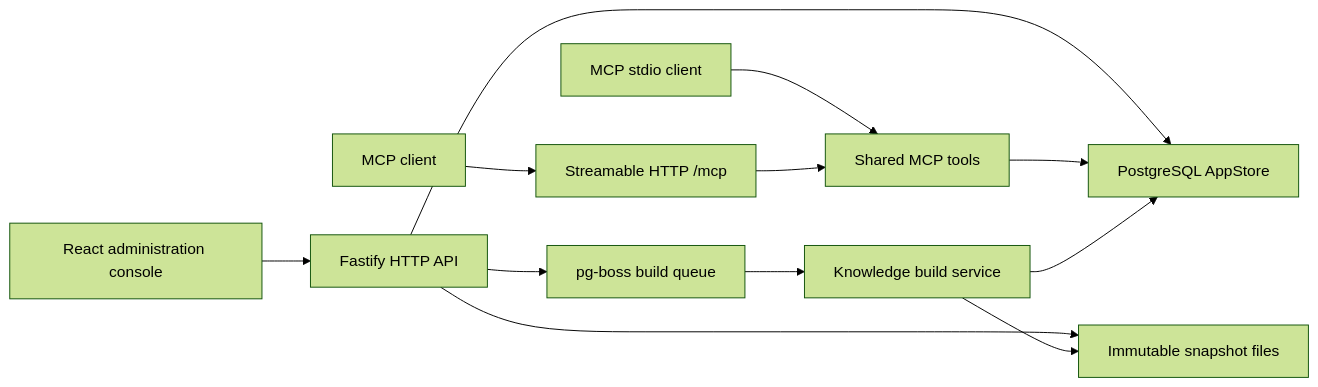
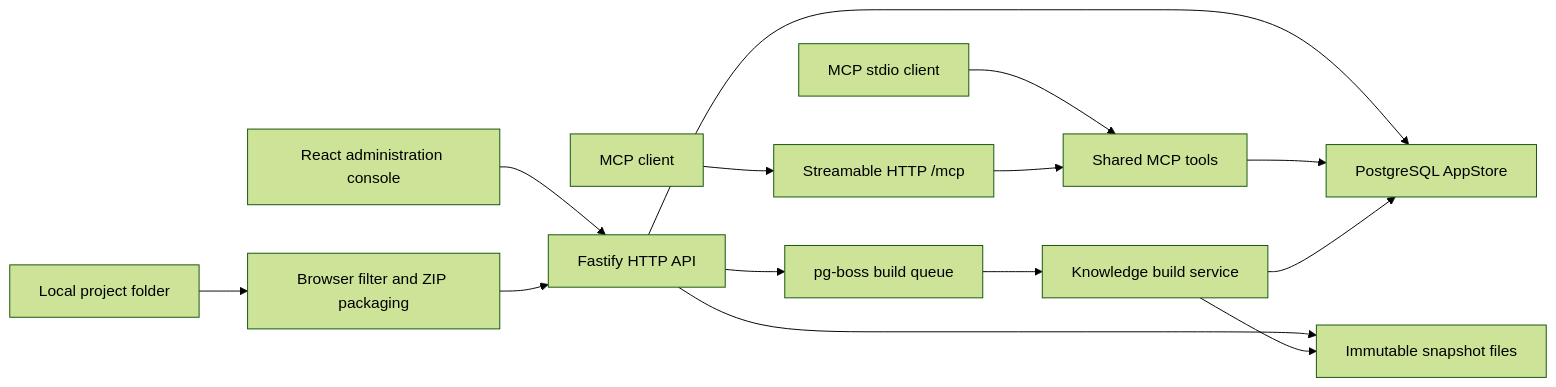
One commit to wzfdhr/Dev-Knowledge-Hub changed the diagram in docs/architecture.md. Above: the diagram before and after it, drawn with Mermaid (forest theme). The commit also changed other lines of this file and 9 other files, not shown here.

````diff
--- a/docs/architecture.md
+++ b/docs/architecture.md
@@ -7,14 +7,16 @@
 ```mermaid
 flowchart LR
   Console["React administration console"] --> API["Fastify HTTP API"]
+  Folder["Local project folder"] --> Filter["Browser filter and ZIP packaging"]
+  Filter --> API
   Agent["MCP client"] --> HTTP["Streamable HTTP /mcp"]
   Stdio["MCP stdio client"] --> Tools["Shared MCP tools"]
   HTTP --> Tools
   API --> Store["PostgreSQL AppStore"]
   Tools --> Store
   API --> Snapshots["Immutable snapshot files"]
   API --> Queue["pg-boss build queue"]
   Queue --> Worker["Knowledge build service"]
   Worker --> Store
   Worker --> Snapshots
 ```
````
